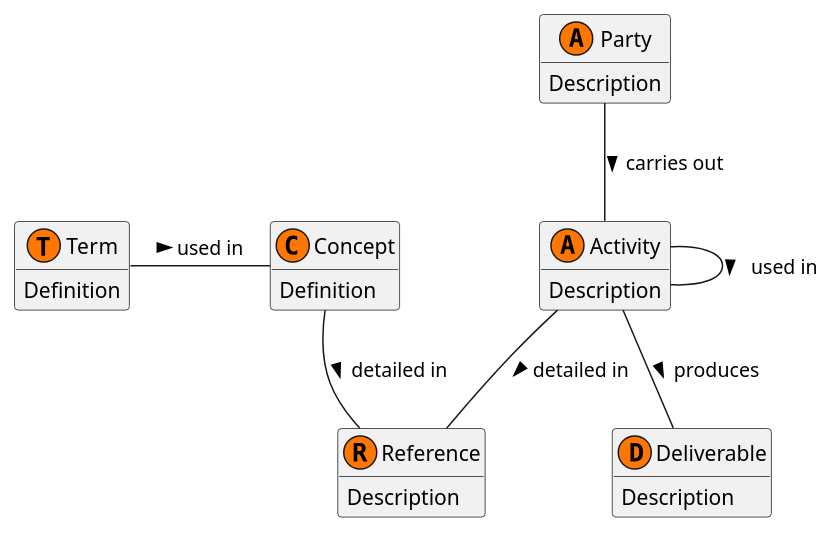
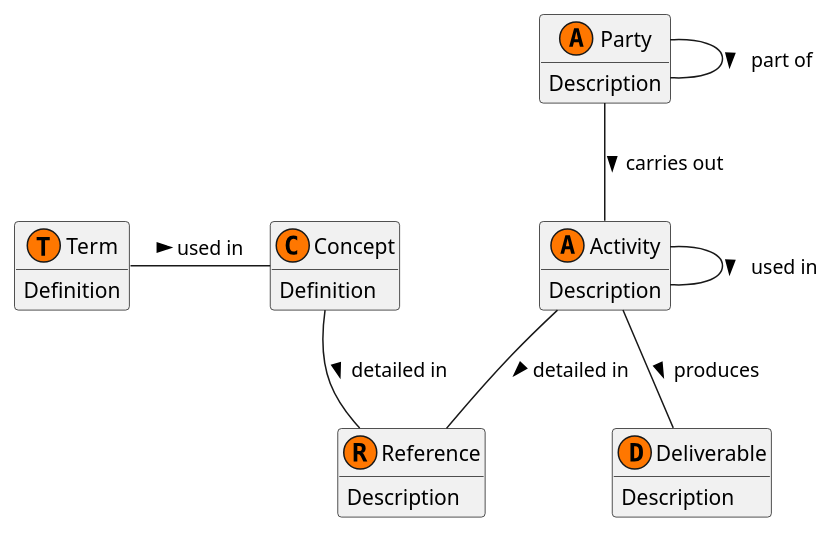
One commit to johnwelford/standardsModel changed the diagram in metamodel.puml. Above: the diagram before and after it, drawn with PlantUML.

```diff
--- a/metamodel.puml
+++ b/metamodel.puml
@@ -1,37 +1,37 @@
 @startuml
 'title Standard modelling metamodel
 'scale 1000 width
 'skinparam packageStyle frame
 'skinparam linetype polyline
 'top to bottom direction
 hide empty members
 'hide circle
 'hide stereotype 
 
 class term as "Term" << (T,#FF7700) >> {
 {field} Definition
 }
 class concept as "Concept"<< (C,#FF7700) >> {
 {field} Definition
 }
 class reference as "Reference" << (R,#FF7700) >> {
 {field} Description
 }
 class deliverable as "Deliverable" << (D,#FF7700) >> {
 {field} Description
 }
 class activity as "Activity" << (A,#FF7700) >> {
 {field} Description
 }
 class party as "Party" << (A,#FF7700) >> {
 {field} Description
 }
 
 term - concept : used in >
 activity -- activity : used in >
-
-activity -- deliverable: produces >
-party -- activity: carries out >
-activity -- reference: detailed in >
-concept -- reference: detailed in >
+party -- party : part of >
+activity -- deliverable : produces >
+party -- activity : carries out >
+activity -- reference : detailed in >
+concept -- reference : detailed in >
 @enduml
```
